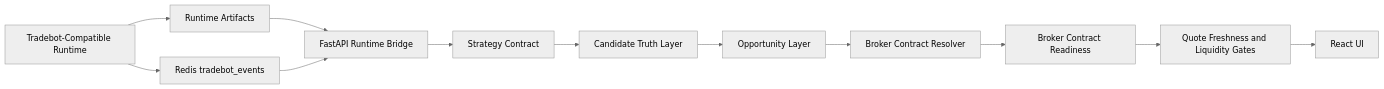
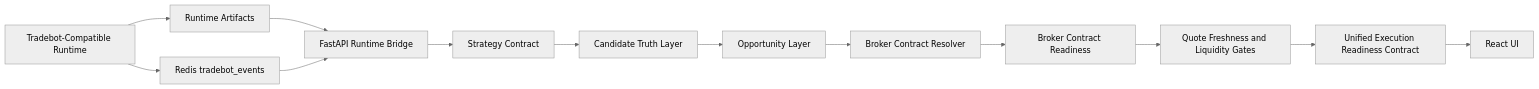
The diagram in README.md (ramgolladi1503-sys/algotradify), drawn with Mermaid (neutral theme) before and after one commit. The commit also changed other lines of this file, not shown here.

Commit message:
Document unified execution readiness contract

````diff
--- a/README.md
+++ b/README.md
@@ -31,14 +32,15 @@
 ```mermaid
 flowchart LR
     A[Tradebot-Compatible Runtime] --> B[Runtime Artifacts]
     B --> C[FastAPI Runtime Bridge]
     C --> D[Strategy Contract]
     D --> E[Candidate Truth Layer]
     E --> F[Opportunity Layer]
     F --> G[Broker Contract Resolver]
     G --> H[Broker Contract Readiness]
     H --> I[Quote Freshness and Liquidity Gates]
-    I --> J[React UI]
-    A --> K[Redis tradebot_events]
-    K --> C
+    I --> J[Unified Execution Readiness Contract]
+    J --> K[React UI]
+    A --> L[Redis tradebot_events]
+    L --> C
 ```
````
